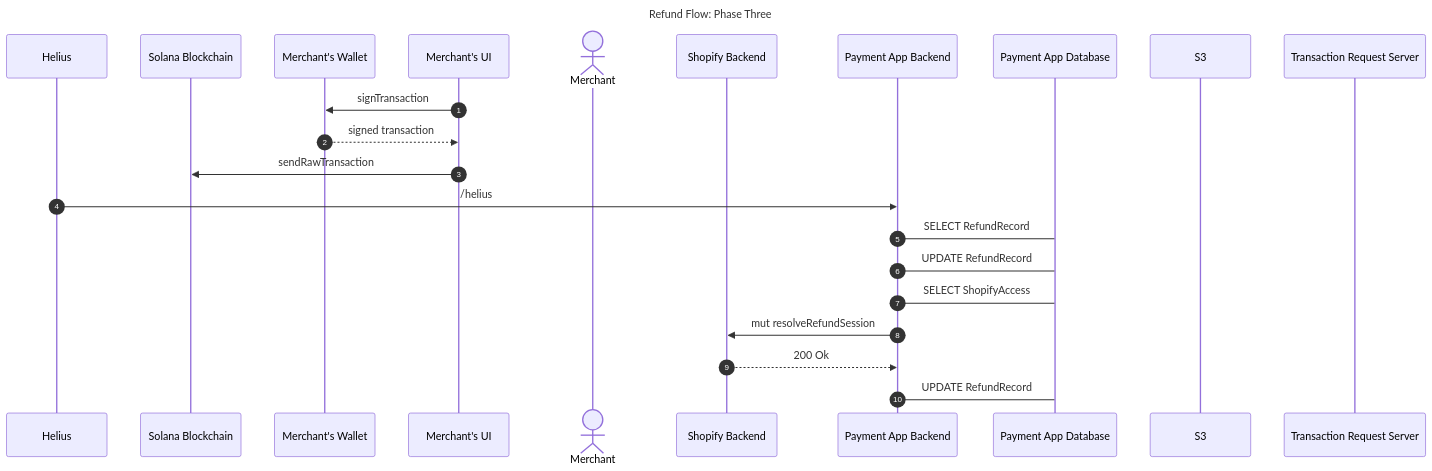
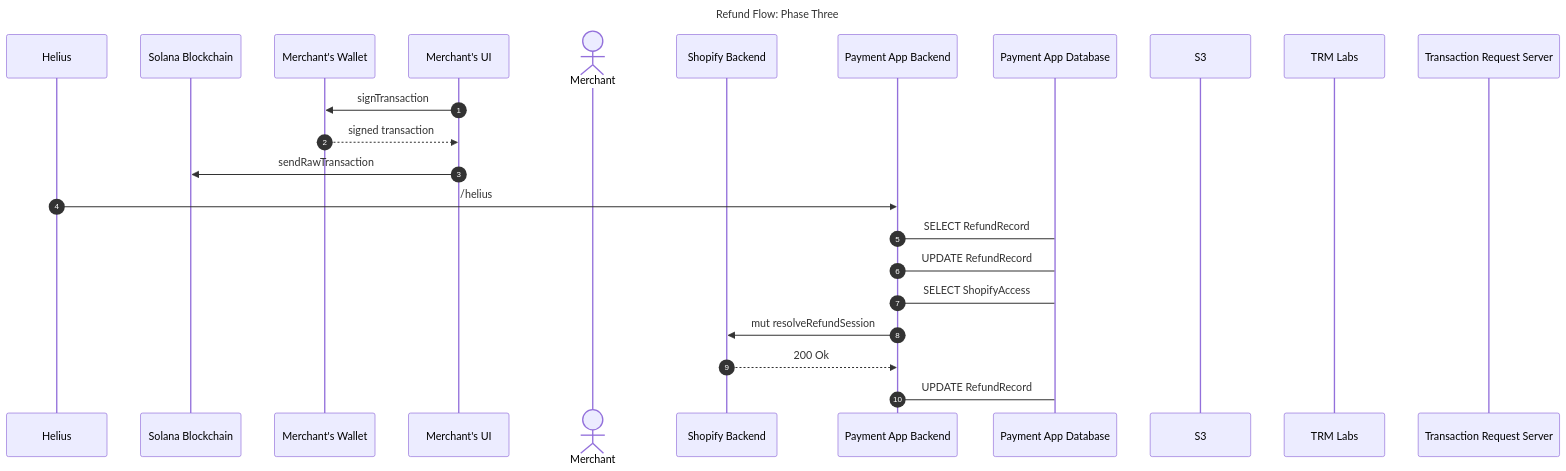
Before and after one commit to solana-labs/solana-payments-app: the sixth of 7 diagrams in system-design/README.md, drawn with Mermaid. The commit also changed other lines of this file, not shown here.

````diff
--- a/system-design/README.md
+++ b/system-design/README.md
@@ -164,25 +170,26 @@
 ```mermaid
 sequenceDiagram
     title Refund Flow: Phase Three
     autonumber
     participant Helius
     participant Solana as Solana Blockchain
     participant Wallet as Merchant's Wallet
     participant Portal as Merchant's UI
     actor Merchant
     participant Shop as Shopify Backend
     participant Backend as Payment App Backend
     participant Database as Payment App Database
     participant S3
+    participant TRM as TRM Labs
     participant TRS as Transaction Request Server
     Portal->>Wallet: signTransaction
     Wallet-->>Portal: signed transaction
     Portal->>Solana: sendRawTransaction
     Helius->>Backend: /helius
     Backend->Database: SELECT RefundRecord
     Backend->Database: UPDATE RefundRecord
     Backend->Database: SELECT ShopifyAccess
     Backend->>Shop: mut resolveRefundSession
     Shop-->>Backend: 200 Ok
     Backend->Database: UPDATE RefundRecord
 ```
````
